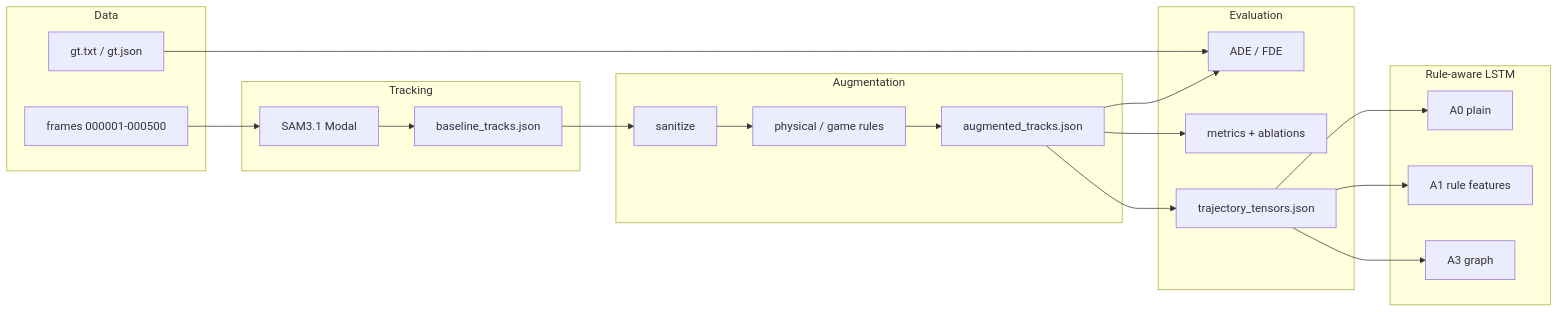
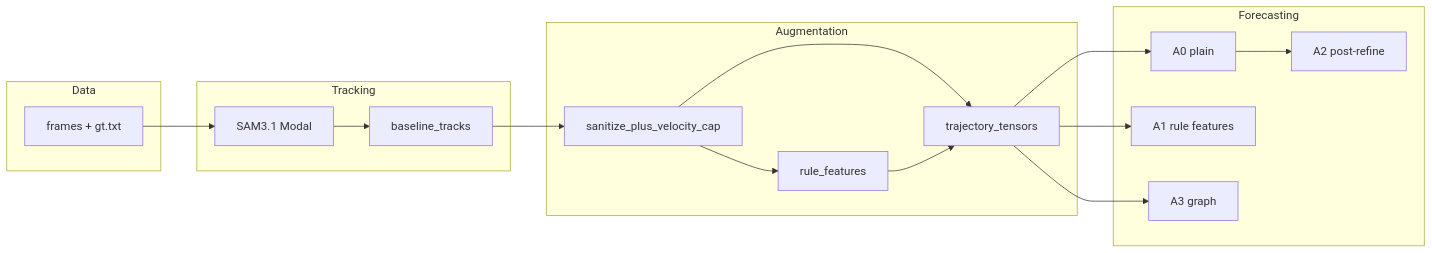
The diagram in docs/MILESTONE_CHECKLIST.md (piercenolan/cs231n-player-trajectories), drawn with Mermaid before and after one commit. The commit also changed other lines of this file and 6 other files, not shown here.

````diff
--- a/docs/MILESTONE_CHECKLIST.md
+++ b/docs/MILESTONE_CHECKLIST.md
@@ -7,35 +7,28 @@
 ```mermaid
 flowchart LR
   subgraph data [Data]
-    F[frames 000001-000500]
-    GT[gt.txt / gt.json]
+    F[frames + gt.txt]
   end
   subgraph track [Tracking]
     SAM[SAM3.1 Modal]
-    BT[baseline_tracks.json]
+    BT[baseline_tracks]
   end
   subgraph aug [Augmentation]
-    SAN[sanitize]
-    RULES[physical / game rules]
-    AUG[augmented_tracks.json]
+    AUG[sanitize_plus_velocity_cap]
+    RF[rule_features]
+    TT[trajectory_tensors]
   end
-  subgraph eval [Evaluation]
-    ADE[ADE / FDE]
-    MET[metrics + ablations]
-    EXP[trajectory_tensors.json]
-  end
-  subgraph lstm [Rule-aware LSTM]
+  subgraph lstm [Forecasting]
     A0[A0 plain]
     A1[A1 rule features]
     A3[A3 graph]
+    A2[A2 post-refine]
   end
   F --> SAM --> BT
-  GT --> ADE
-  BT --> SAN --> RULES --> AUG
-  AUG --> ADE
-  AUG --> MET
-  AUG --> EXP
-  EXP --> A0
-  EXP --> A1
-  EXP --> A3
+  BT --> AUG --> TT
+  AUG --> RF --> TT
+  TT --> A0
+  TT --> A1
+  TT --> A3
+  A0 --> A2
 ```
````
